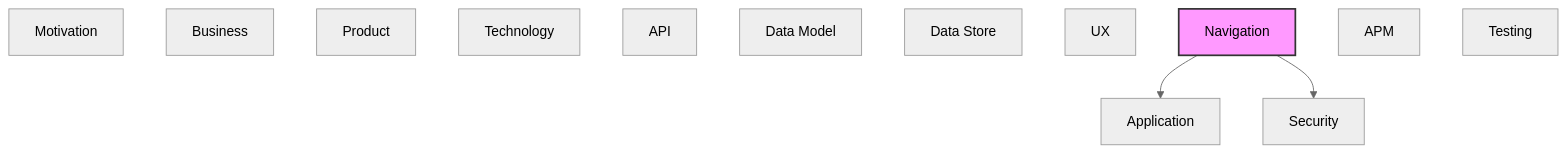
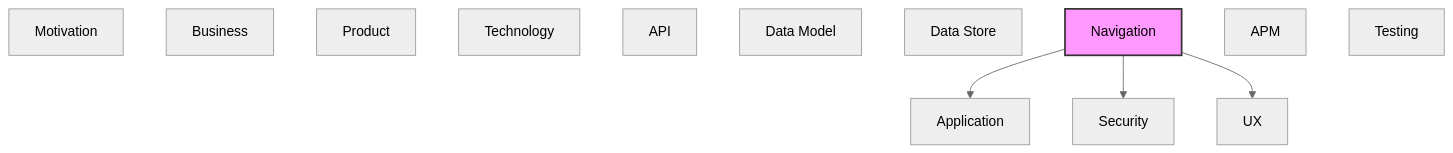
The second of 2 diagrams in documentation-robotics/reports/11-navigation-layer-report.md (tinkermonkey/documentation_robotics_viewer), drawn with Mermaid (neutral theme) before and after one commit. The commit also changed other lines of this file and 39 other files, not shown here.

````diff
--- a/documentation-robotics/reports/11-navigation-layer-report.md
+++ b/documentation-robotics/reports/11-navigation-layer-report.md
@@ -55,20 +58,21 @@
 ```mermaid
 flowchart TB
   classDef current fill:#f9f,stroke:#333,stroke-width:2px
   motivation["Motivation"]
   business["Business"]
   product["Product"]
   security["Security"]
   application["Application"]
   technology["Technology"]
   api["API"]
   data_model["Data Model"]
   data_store["Data Store"]
   ux["UX"]
   navigation["Navigation"]
   apm["APM"]
   testing["Testing"]
   navigation --> application
   navigation --> security
+  navigation --> ux
   class navigation current
 ```
````
